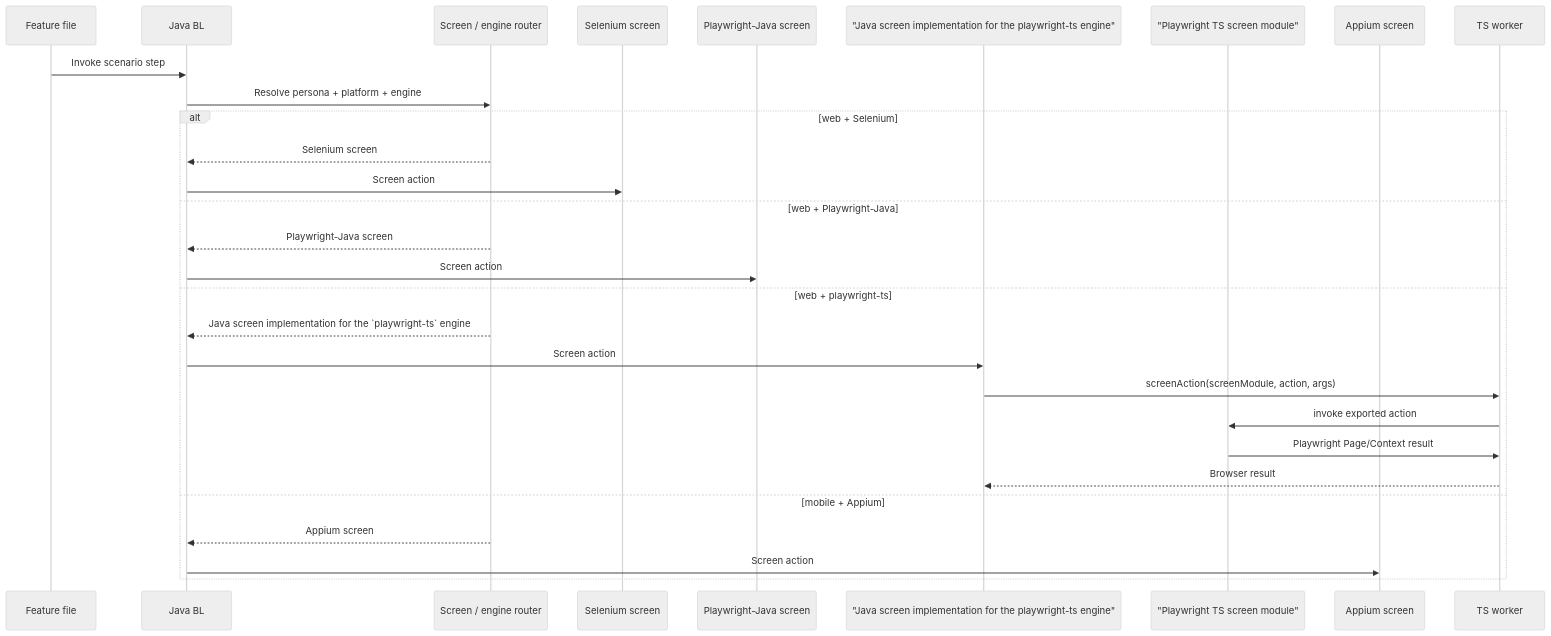
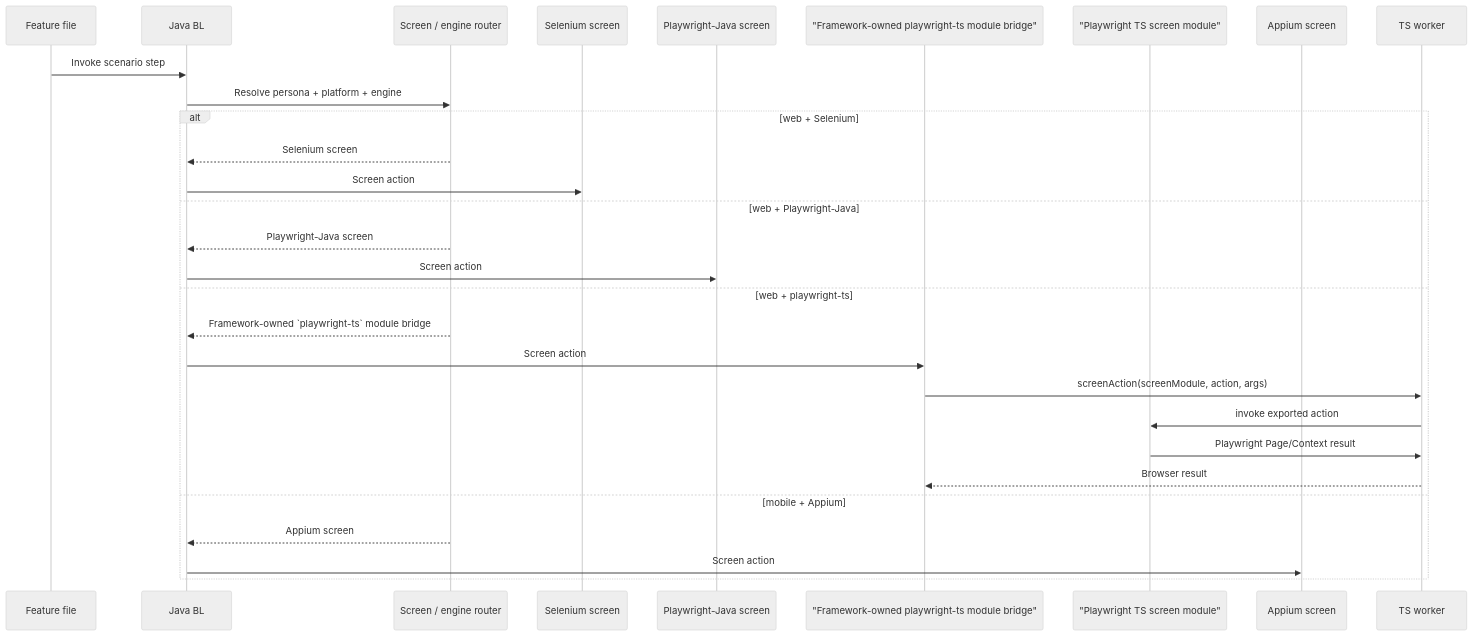
One commit to znsio/teswiz changed the second of 3 diagrams in docs/Architecture-README.md. Above: the diagram before and after it, drawn with Mermaid (neutral theme). The commit also changed other lines of this file and 4 other files, not shown here.

Commit message:
Clarify playwright-ts module wording and sanity-check output

````diff
--- a/docs/Architecture-README.md
+++ b/docs/Architecture-README.md
@@ -48,32 +48,32 @@
 ```mermaid
 sequenceDiagram
     participant Feature as Feature file
     participant BL as Java BL
     participant Router as Screen / engine router
     participant Se as Selenium screen
     participant PJ as Playwright-Java screen
-    participant PT as "Java screen implementation for the playwright-ts engine"
+    participant PT as "Framework-owned playwright-ts module bridge"
     participant TS as "Playwright TS screen module"
     participant App as Appium screen
     participant Worker as TS worker
 
     Feature->>BL: Invoke scenario step
     BL->>Router: Resolve persona + platform + engine
     alt web + Selenium
         Router-->>BL: Selenium screen
         BL->>Se: Screen action
     else web + Playwright-Java
         Router-->>BL: Playwright-Java screen
         BL->>PJ: Screen action
     else web + playwright-ts
-        Router-->>BL: Java screen implementation for the `playwright-ts` engine
+        Router-->>BL: Framework-owned `playwright-ts` module bridge
         BL->>PT: Screen action
         PT->>Worker: screenAction(screenModule, action, args)
         Worker->>TS: invoke exported action
         TS->>Worker: Playwright Page/Context result
         Worker-->>PT: Browser result
     else mobile + Appium
         Router-->>BL: Appium screen
         BL->>App: Screen action
     end
 ```
````
